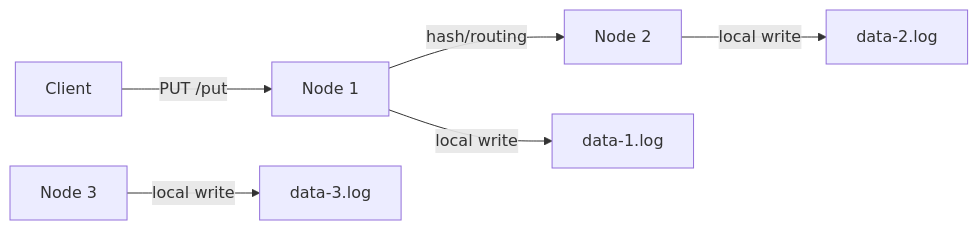
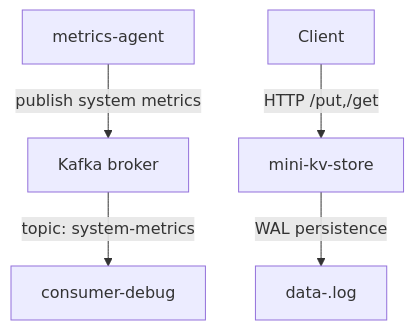
Before and after one commit to swati-manjunath/mini-distributed-data-platform: the diagram in README.md, drawn with Mermaid. The commit also changed other lines of this file and 9 other files, not shown here.

````diff
--- a/README.md
+++ b/README.md
@@ -19,16 +29,7 @@
 ```mermaid
-graph LR
-  Client["Client"]
-  Node1["Node 1"]
-  Node2["Node 2"]
-  Node3["Node 3"]
-  WAL1["data-1.log"]
-  WAL2["data-2.log"]
-  WAL3["data-3.log"]
-
-  Client -->|PUT /put| Node1
-  Node1 -->|hash/routing| Node2
-  Node1 -->|local write| WAL1
-  Node2 -->|local write| WAL2
-  Node3 -->|local write| WAL3
+graph TB
+  MetricsAgent["metrics-agent"] -->|publish system metrics| Kafka["Kafka broker"]
+  Kafka -->|topic: system-metrics| Consumer["consumer-debug"]
+  Client["Client"] -->|HTTP /put,/get| KVStore["mini-kv-store"]
+  KVStore -->|WAL persistence| WAL["data-<node-id>.log"]
 ```
````
